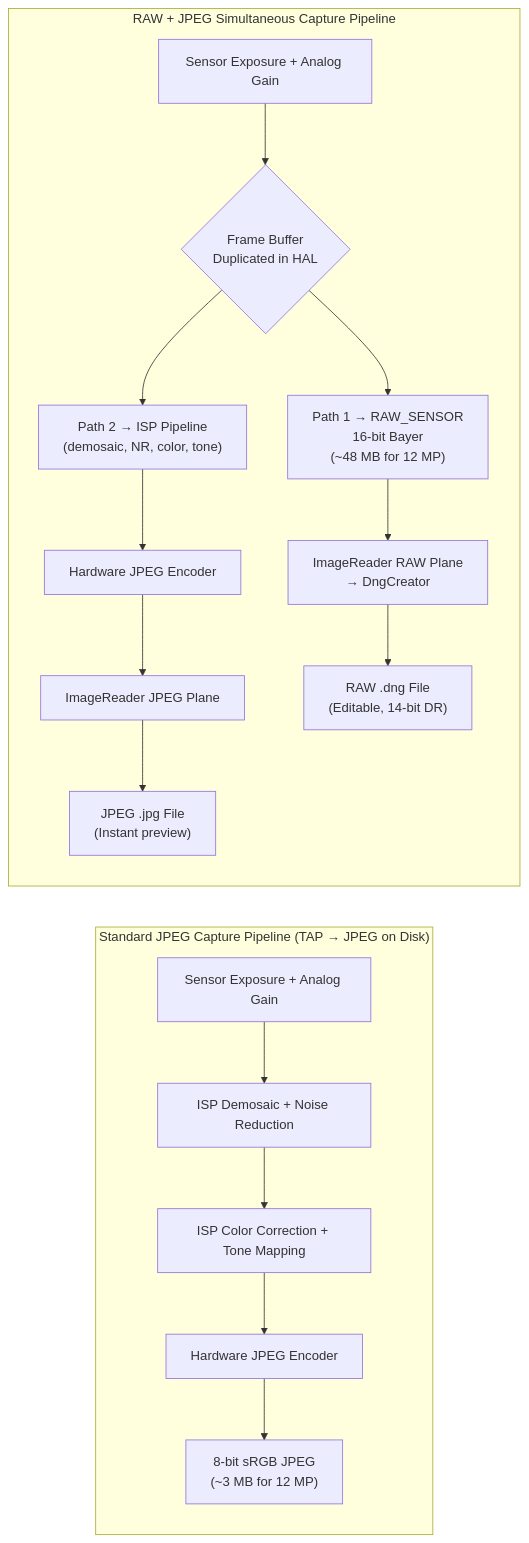
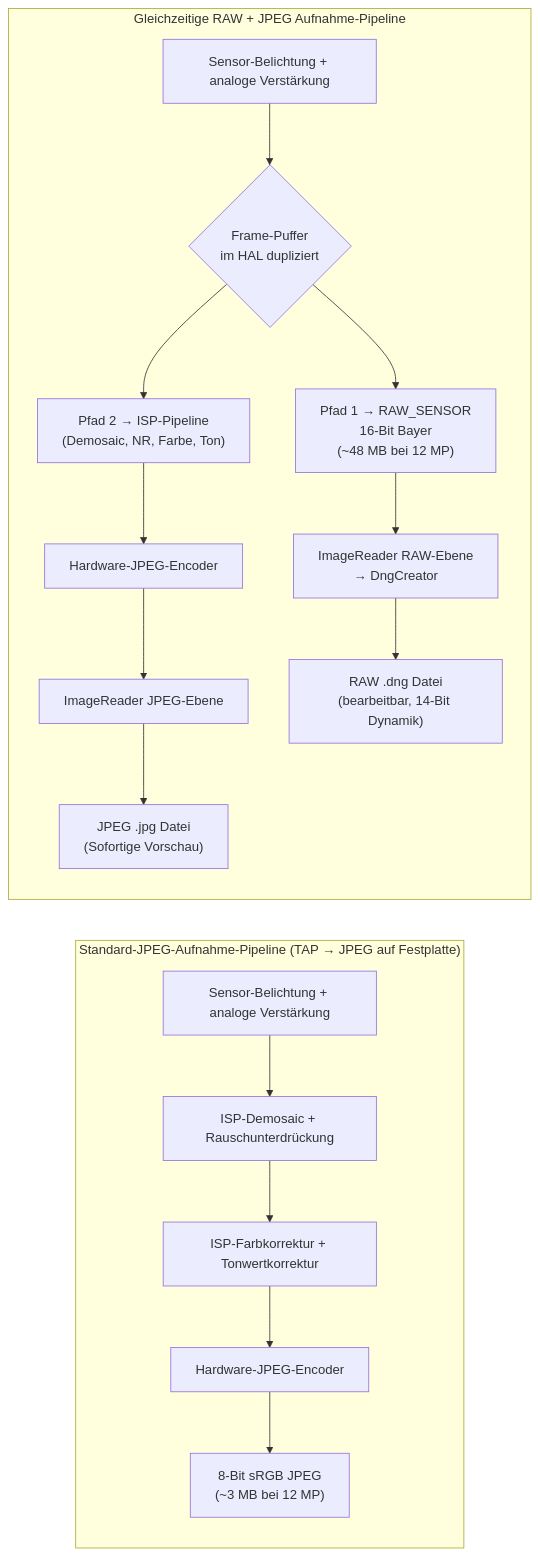
The third of 3 diagrams in website/i18n/de/docusaurus-plugin-content-docs/current/camera2/raw-photography.md (zoozooll/AndroidCameraParameters), drawn with Mermaid before and after one commit. The commit also changed other lines of this file and 378 other files, not shown here.

````diff
--- a/website/i18n/de/docusaurus-plugin-content-docs/current/camera2/raw-photography.md
+++ b/website/i18n/de/docusaurus-plugin-content-docs/current/camera2/raw-photography.md
@@ -325,20 +325,20 @@
 ```mermaid
 flowchart LR
-    subgraph Standard["Standard JPEG Capture Pipeline (TAP → JPEG on Disk)"]
-        A[Sensor Exposure + Analog Gain] --> B[ISP Demosaic + Noise Reduction]
-        B --> C[ISP Color Correction + Tone Mapping]
-        C --> D[Hardware JPEG Encoder]
-        D --> E["8-bit sRGB JPEG\n(~3 MB for 12 MP)"]
+    subgraph Standard["Standard-JPEG-Aufnahme-Pipeline (TAP → JPEG auf Festplatte)"]
+        A["Sensor-Belichtung + analoge Verstärkung"] --> B["ISP-Demosaic + Rauschunterdrückung"]
+        B --> C[ISP-Farbkorrektur + Tonwertkorrektur]
+        C --> D[Hardware-JPEG-Encoder]
+        D --> E["8-Bit sRGB JPEG<br/>(~3 MB bei 12 MP)"]
     end
 
-    subgraph RawCapture["RAW + JPEG Simultaneous Capture Pipeline"]
-        F[Sensor Exposure + Analog Gain] --> G{Frame Buffer\nDuplicated in HAL}
-        G --> H["Path 1 → RAW_SENSOR\n16-bit Bayer\n(~48 MB for 12 MP)"]
-        G --> I["Path 2 → ISP Pipeline\n(demosaic, NR, color, tone)"]
-        I --> J[Hardware JPEG Encoder]
-        H --> K["ImageReader RAW Plane\n→ DngCreator"]
-        J --> L["ImageReader JPEG Plane"]
-        K --> M["RAW .dng File\n(Editable, 14-bit DR)"]
-        L --> N["JPEG .jpg File\n(Instant preview)"]
+    subgraph RawCapture["Gleichzeitige RAW + JPEG Aufnahme-Pipeline"]
+        F["Sensor-Belichtung + analoge Verstärkung"] --> G{Frame-Puffer<br/>im HAL dupliziert}
+        G --> H["Pfad 1 → RAW_SENSOR<br/>16-Bit Bayer<br/>(~48 MB bei 12 MP)"]
+        G --> I["Pfad 2 → ISP-Pipeline<br/>(Demosaic, NR, Farbe, Ton)"]
+        I --> J[Hardware-JPEG-Encoder]
+        H --> K["ImageReader RAW-Ebene<br/>→ DngCreator"]
+        J --> L["ImageReader JPEG-Ebene"]
+        K --> M["RAW .dng Datei<br/>(bearbeitbar, 14-Bit Dynamik)"]
+        L --> N["JPEG .jpg Datei<br/>(Sofortige Vorschau)"]
     end
 ```
````
